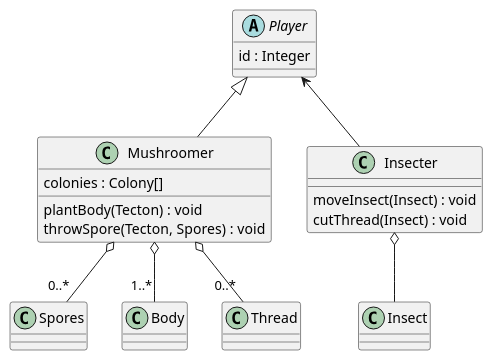
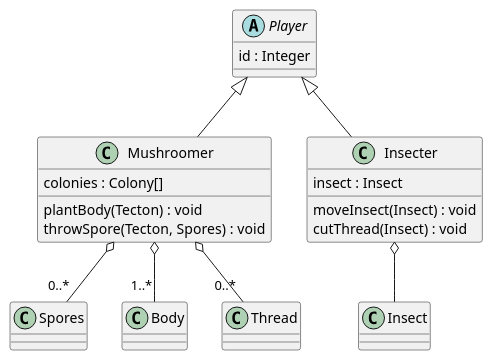
One commit to Petya-G/fungorium changed the diagram in 3/classes/player.puml. Above: the diagram before and after it, drawn with PlantUML. The commit also changed 4 other files, not shown here.

```diff
--- a/3/classes/player.puml
+++ b/3/classes/player.puml
@@ -1,22 +1,23 @@
 @startuml player
 abstract class Player{
     id : Integer
 }
 
 Player <|-- Mushroomer
 Mushroomer o-- "0..*" Spores
 Mushroomer o-- "1..*" Body
 Mushroomer o-- "0..*" Thread
 class Mushroomer{
     colonies : Colony[]
     plantBody(Tecton) : void
     throwSpore(Tecton, Spores) : void
 }
 
-Player <-- Insecter
+Player <|-- Insecter
 Insecter o-- Insect
 class Insecter{
+    insect : Insect
     moveInsect(Insect) : void
     cutThread(Insect) : void
 }
 @enduml
```
